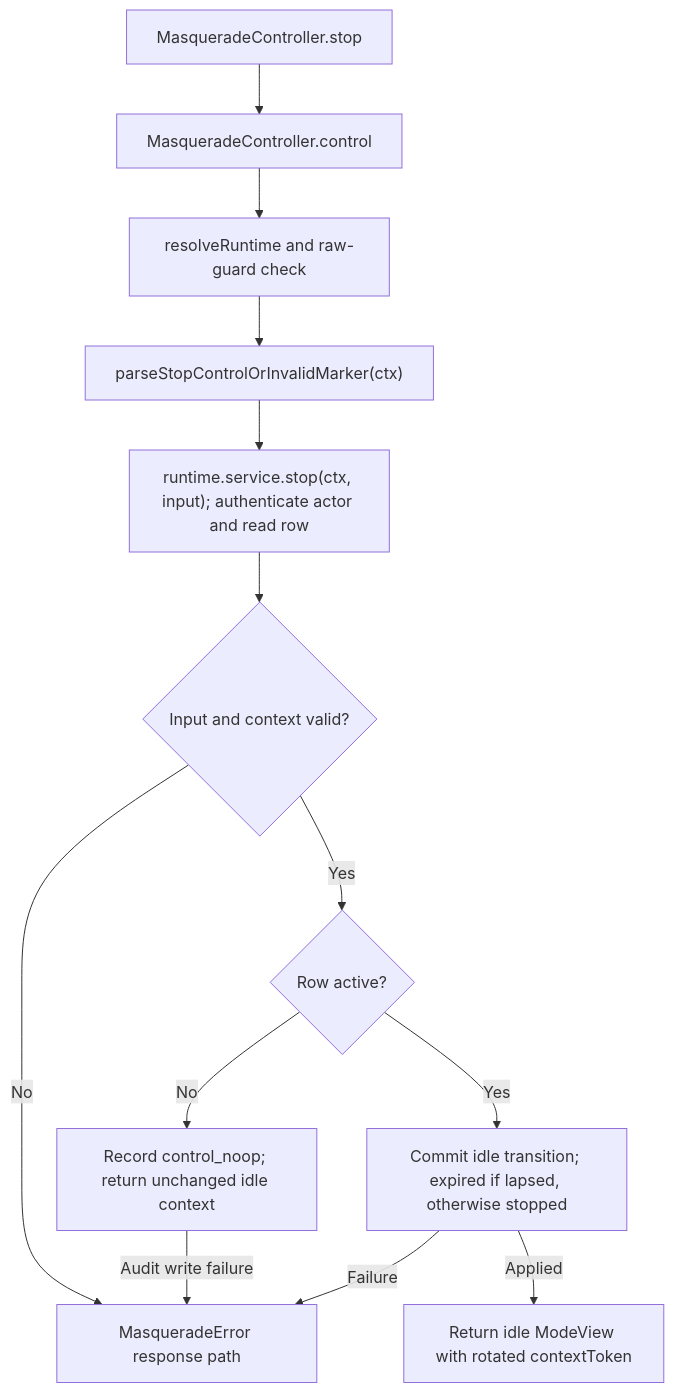
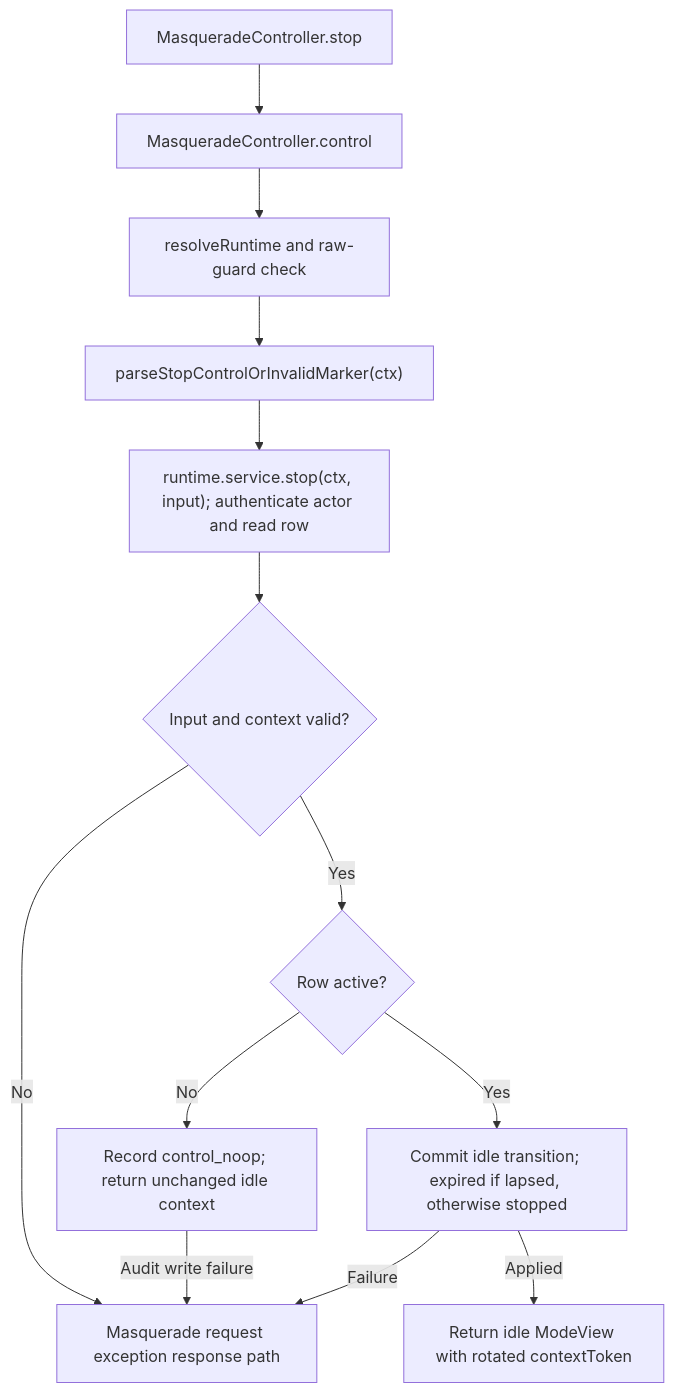
Before and after one commit to Kevinjohn/oss-adonisjs-masquerade: the second of 2 diagrams in user-stories/start-stop-mode/us-actor-04-stop-mode.md, drawn with Mermaid. The commit also changed 92 other files, not shown here.

````diff
--- a/user-stories/start-stop-mode/us-actor-04-stop-mode.md
+++ b/user-stories/start-stop-mode/us-actor-04-stop-mode.md
@@ -41,15 +41,15 @@
 ```mermaid
 flowchart TD
     A["MasqueradeController.stop"] --> B["MasqueradeController.control"]
     B --> C["resolveRuntime and raw-guard check"]
     C --> D["parseStopControlOrInvalidMarker(ctx)"]
     D --> E["runtime.service.stop(ctx, input); authenticate actor and read row"]
     E --> F{"Input and context valid?"}
-    F -->|No| H["MasqueradeError response path"]
+    F -->|No| H["Masquerade request exception response path"]
     F -->|Yes| Q{"Row active?"}
     Q -->|No| K["Record control_noop; return unchanged idle context"]
     K -->|Audit write failure| H
     Q -->|Yes| G["Commit idle transition; expired if lapsed, otherwise stopped"]
     G -->|Failure| H
     G -->|Applied| I["Return idle ModeView with rotated contextToken"]
 ```
````
